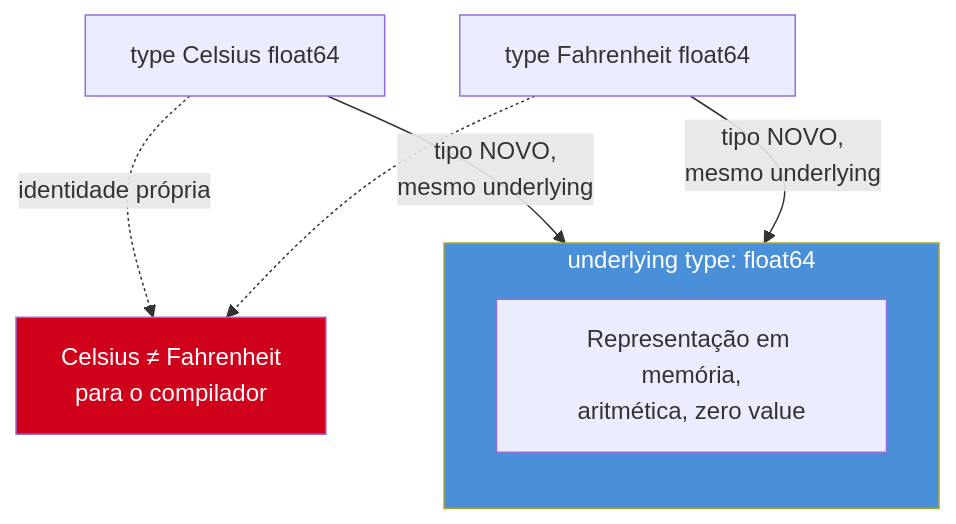
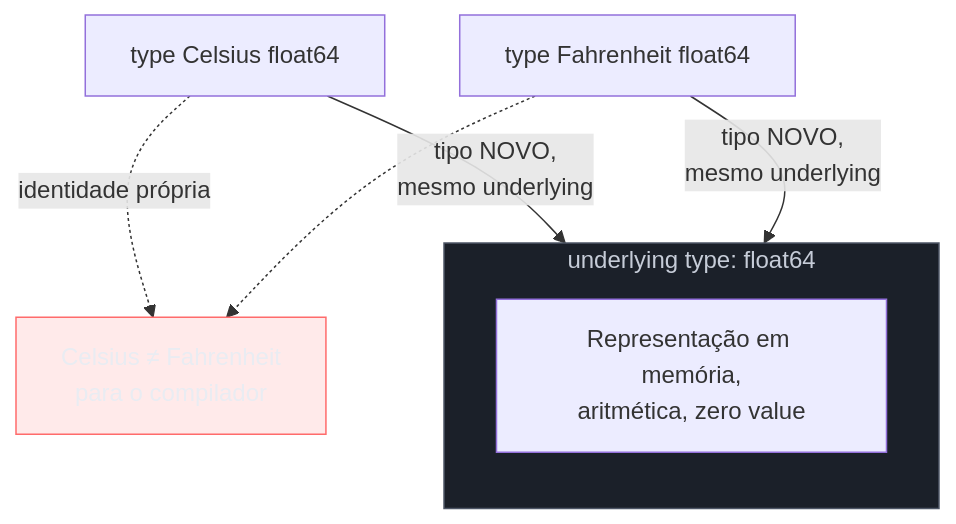
The first of 2 diagrams in 03-Dominios/Tecnologia/Go/02 - Tipos, structs e métodos/02 - Tipos nomeados e definições de tipo.md (josenaldo/codex-technomanticus), drawn with Mermaid before and after one commit. The commit also changed other lines of this file and 1181 other files, not shown here.

First line of the commit message:
fix(diagramas): paleta do sistema no lugar de cor cravada no markdown

````diff
--- a/03-Dominios/Tecnologia/Go/02 - Tipos, structs e métodos/02 - Tipos nomeados e definições de tipo.md
+++ b/03-Dominios/Tecnologia/Go/02 - Tipos, structs e métodos/02 - Tipos nomeados e definições de tipo.md
@@ -54,16 +54,18 @@
 ```mermaid
 flowchart TB
+    classDef neutro fill:#1B2029,stroke:#4E5666,color:#C6CCD8
+    classDef falha fill:#FF6B6B24,stroke:#FF6B6B,color:#E9ECF2
     subgraph UT["underlying type: float64"]
         direction TB
         F["Representação em memória,\naritmética, zero value"]
     end
 
     C["type Celsius float64"] -->|"tipo NOVO,\nmesmo underlying"| UT
     Fa["type Fahrenheit float64"] -->|"tipo NOVO,\nmesmo underlying"| UT
 
     C -.->|"identidade própria"| CID["Celsius ≠ Fahrenheit\npara o compilador"]
     Fa -.-> CID
 
-    style UT fill:#4A90D9,color:#fff
-    style CID fill:#D0021B,color:#fff
+    class UT neutro
+    class CID falha
 ```
````
